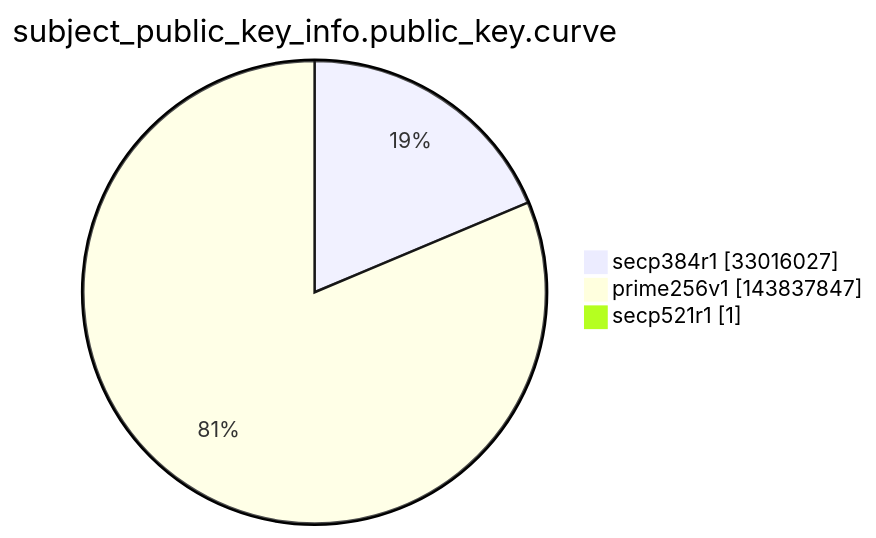
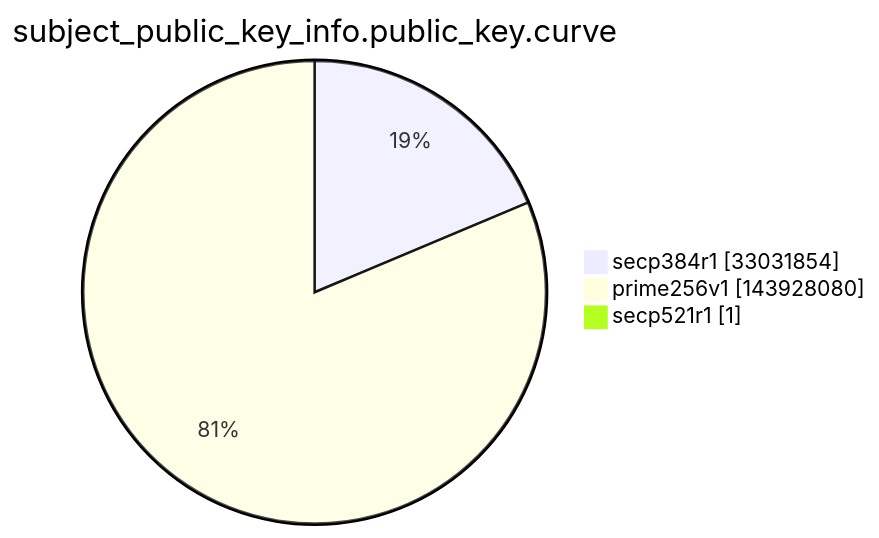
The ninth of 15 diagrams in argon2022/README.md (christiankrug/ctmonitor_visualization), drawn with Mermaid before and after one commit. The commit also changed other lines of this file, not shown here.

````diff
--- a/argon2022/README.md
+++ b/argon2022/README.md
@@ -2764,7 +2764,7 @@
 ```mermaid
 pie showData
 title subject_public_key_info.public_key.curve
-"secp384r1" :33016027
-"prime256v1" :143837847
+"secp384r1" :33031854
+"prime256v1" :143928080
 "secp521r1" :1
 ```
````
